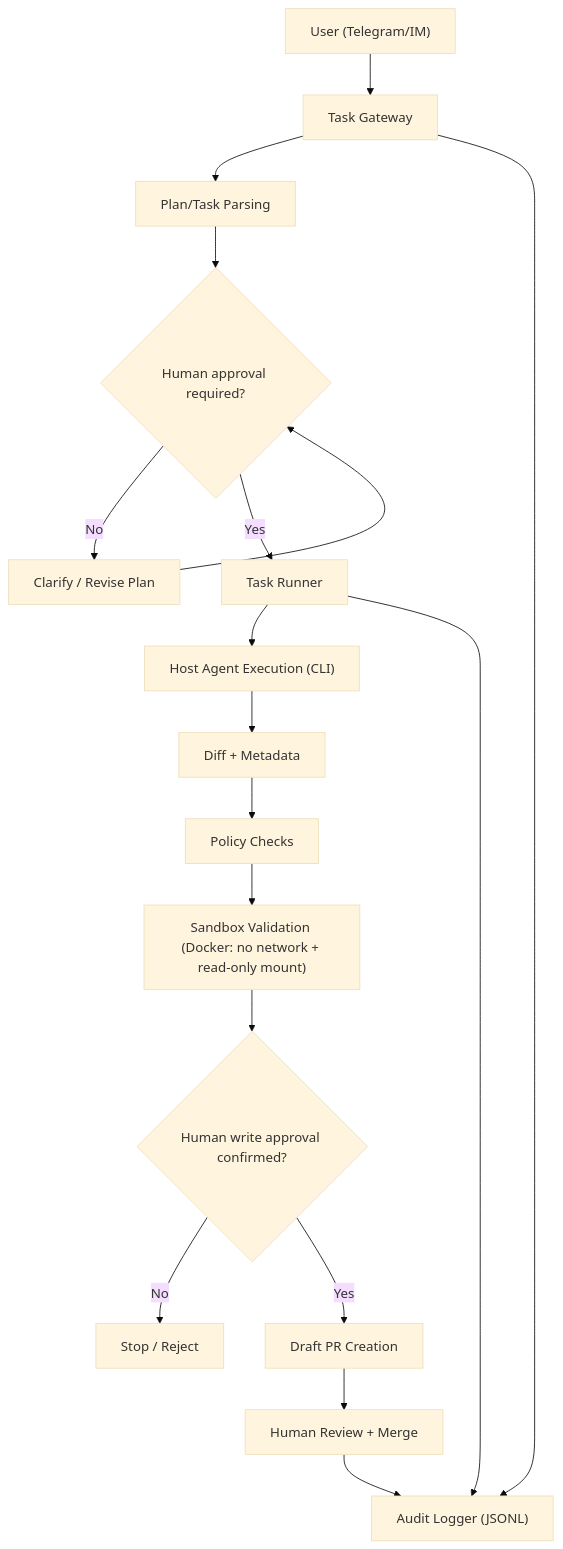
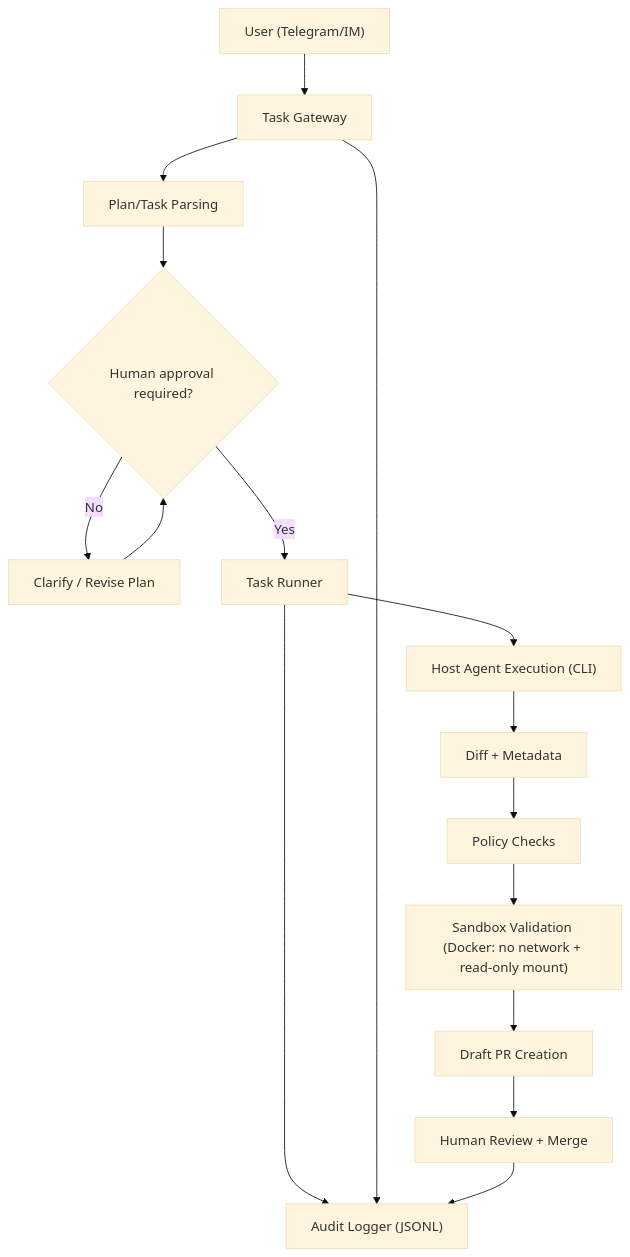
Before and after one commit to wangzizhe/OkayDokki: the diagram in docs/philosophy.md, drawn with Mermaid (base theme). The commit also changed 13 other files, not shown here.

````diff
--- a/docs/philosophy.md
+++ b/docs/philosophy.md
@@ -10,22 +10,20 @@
 ```mermaid
 flowchart TD
     U["User (Telegram/IM)"] --> G["Task Gateway"]
     G --> P["Plan/Task Parsing"]
     P --> A1{"Human approval required?"}
     A1 -->|No| C["Clarify / Revise Plan"]
     C --> A1
     A1 -->|Yes| R["Task Runner"]
 
     R --> H["Host Agent Execution (CLI)"]
     H --> D["Diff + Metadata"]
     D --> V["Policy Checks"]
     V --> S["Sandbox Validation (Docker: no network + read-only mount)"]
-    S --> A2{"Human write approval confirmed?"}
-    A2 -->|No| X["Stop / Reject"]
-    A2 -->|Yes| PR["Draft PR Creation"]
+    S --> PR["Draft PR Creation"]
     PR --> M["Human Review + Merge"]
 
     R --> L["Audit Logger (JSONL)"]
     G --> L
     M --> L
 ```
````
